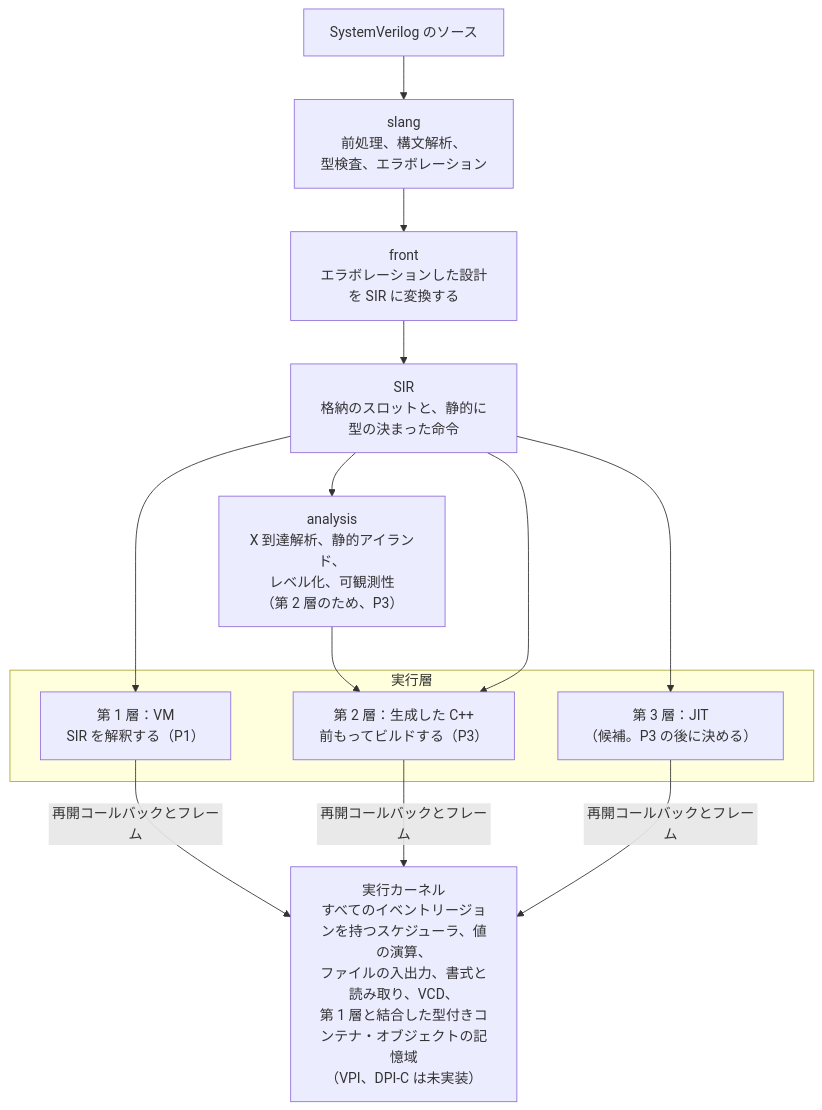
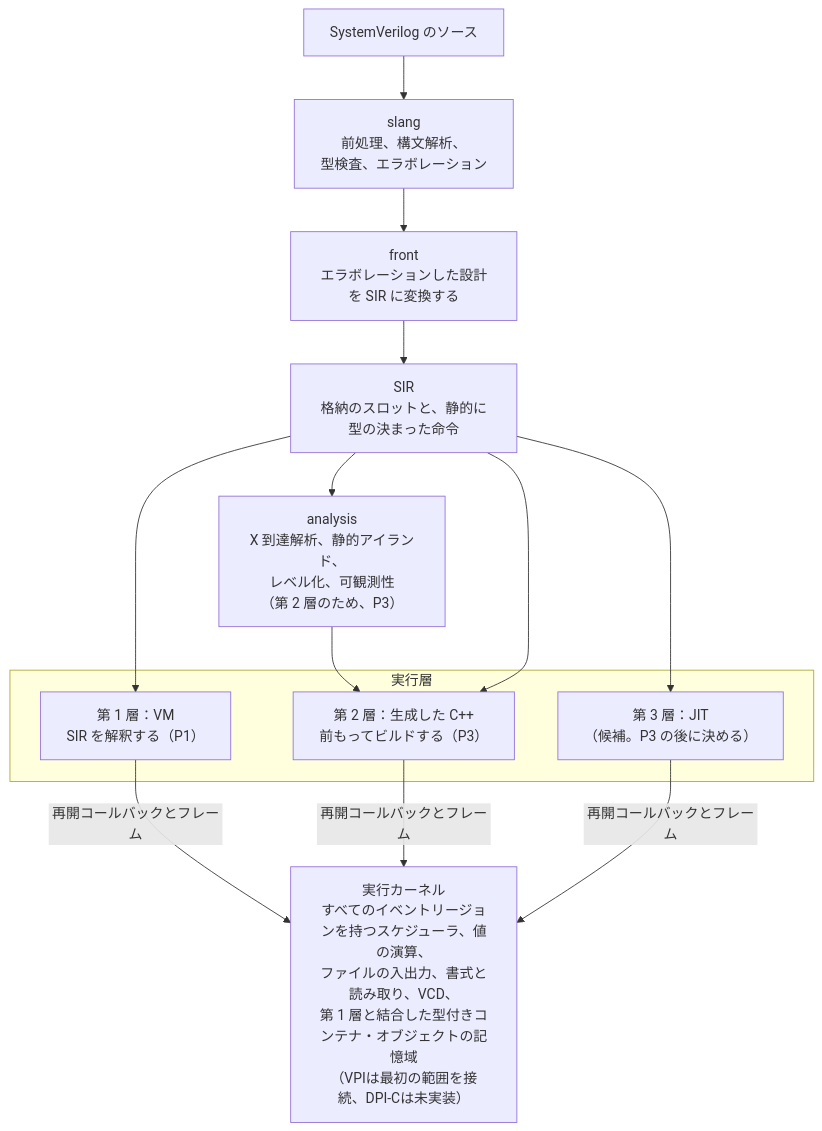
The first of 2 diagrams in docs/ARCHITECTURE.ja.md (kurochan001/kirimasim), drawn with Mermaid before and after one commit. The commit also changed other lines of this file and 25 other files, not shown here.

````diff
--- a/docs/ARCHITECTURE.ja.md
+++ b/docs/ARCHITECTURE.ja.md
@@ -16,22 +16,22 @@
 ```mermaid
 flowchart TD
     src["SystemVerilog のソース"]
     slang["slang<br/>前処理、構文解析、<br/>型検査、エラボレーション"]
     front["front<br/>エラボレーションした設計を SIR に変換する"]
     sir["SIR<br/>格納のスロットと、静的に型の決まった命令"]
     analysis["analysis<br/>X 到達解析、静的アイランド、<br/>レベル化、可観測性<br/>（第 2 層のため、P3）"]
     subgraph tiers["実行層"]
         t1["第 1 層：VM<br/>SIR を解釈する（P1）"]
         t2["第 2 層：生成した C++<br/>前もってビルドする（P3）"]
         t3["第 3 層：JIT<br/>（候補。P3 の後に決める）"]
     end
-    kernel["実行カーネル<br/>すべてのイベントリージョンを持つスケジューラ、値の演算、<br/>ファイルの入出力、書式と読み取り、VCD、<br/>第 1 層と結合した型付きコンテナ・オブジェクトの記憶域<br/>（VPI、DPI-C は未実装）"]
+    kernel["実行カーネル<br/>すべてのイベントリージョンを持つスケジューラ、値の演算、<br/>ファイルの入出力、書式と読み取り、VCD、<br/>第 1 層と結合した型付きコンテナ・オブジェクトの記憶域<br/>（VPIは最初の範囲を接続、DPI-Cは未実装）"]
     src --> slang --> front --> sir
     sir --> t1
     sir --> analysis --> t2
     sir --> t2
     sir --> t3
     t1 -->|"再開コールバックとフレーム"| kernel
     t2 -->|"再開コールバックとフレーム"| kernel
     t3 -->|"再開コールバックとフレーム"| kernel
 ```
````
